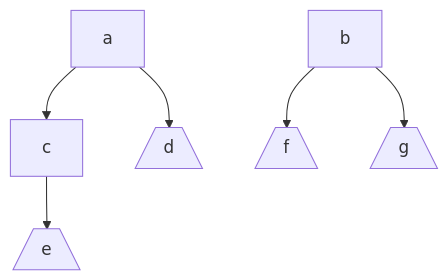
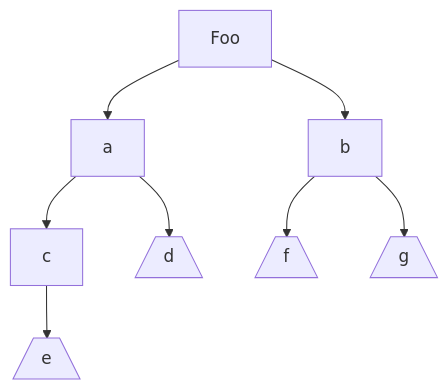
Before and after one commit to caente/mismatch: the first of 7 diagrams in docs/diffs.md, drawn with Mermaid. The commit also changed other lines of this file and 5 other files, not shown here.

````diff
--- a/docs/diffs.md
+++ b/docs/diffs.md
@@ -56,7 +59,9 @@
 ```mermaid
 graph TB
 a --> c --> e[/e\]
 a --> d[/d\]
 b --> f[/f\]
 b --> g[/g\]
+Foo --> a
+Foo --> b
 ```
````
